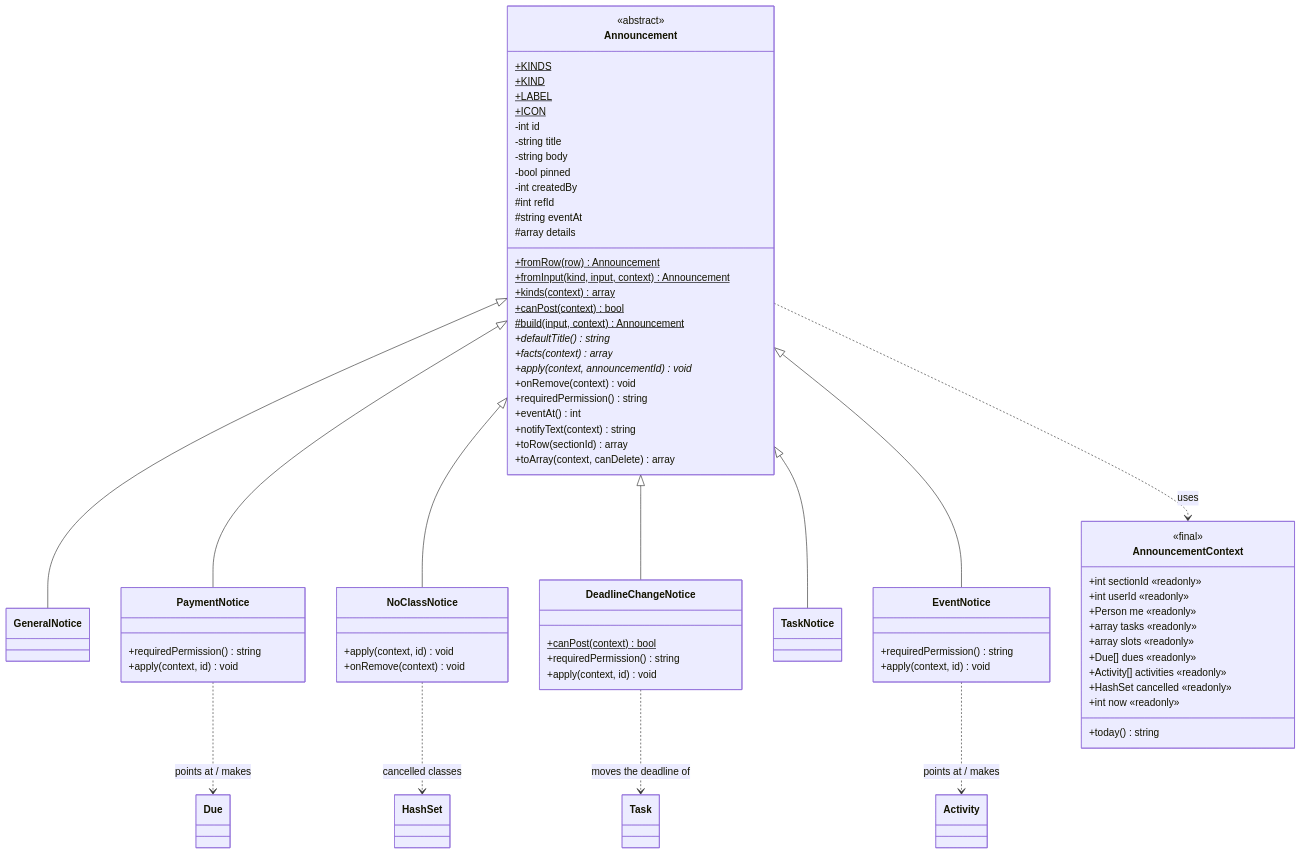
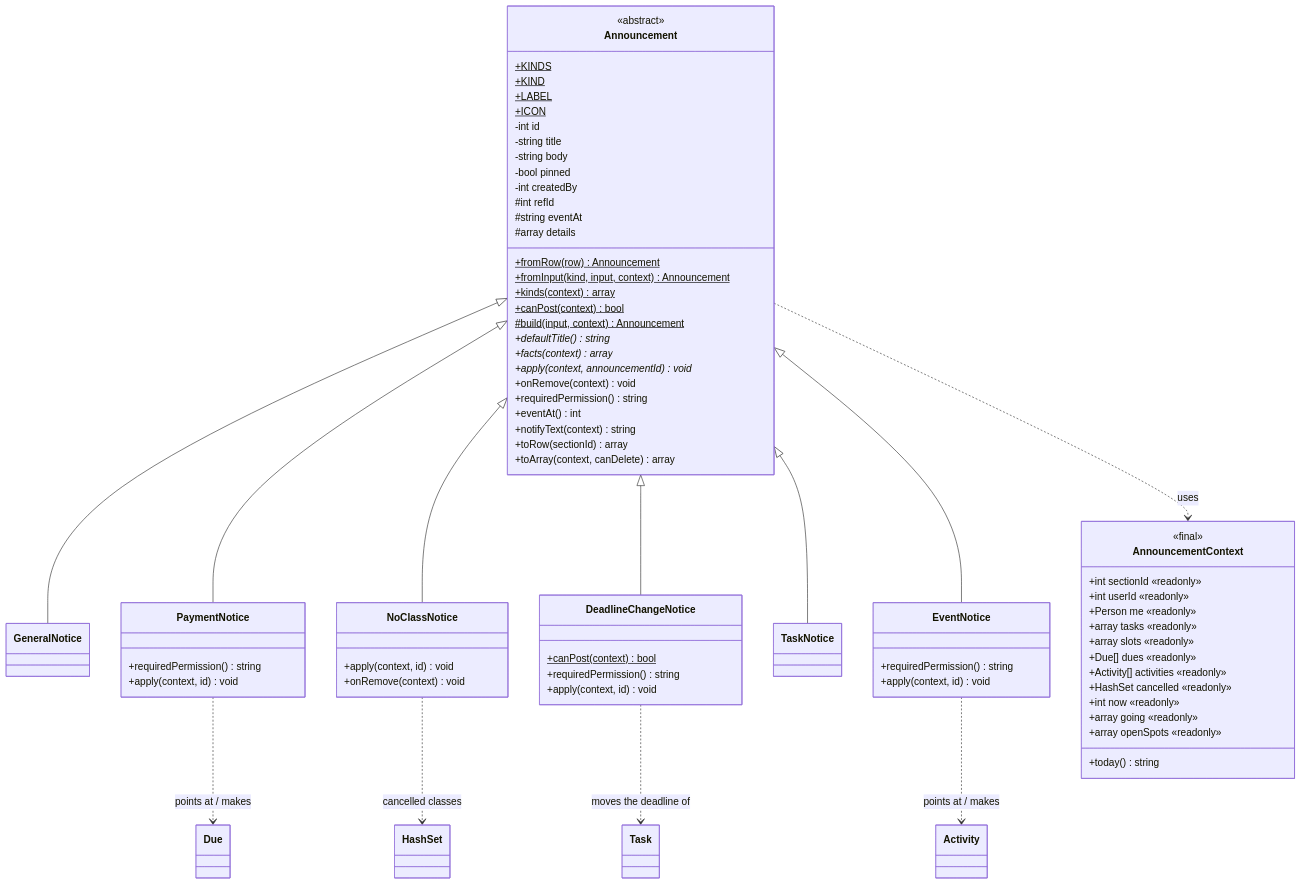
The fifth of 7 diagrams in docs/CLASS_DIAGRAM.md (rcldvmnl/AcadSync), drawn with Mermaid before and after one commit. The commit also changed other lines of this file and 48 other files, not shown here.

````diff
--- a/docs/CLASS_DIAGRAM.md
+++ b/docs/CLASS_DIAGRAM.md
@@ -368,76 +441,78 @@
 ```mermaid
 classDiagram
     direction TB
     class Announcement {
         <<abstract>>
         +KINDS$
         +KIND$
         +LABEL$
         +ICON$
         -int id
         -string title
         -string body
         -bool pinned
         -int createdBy
         #int refId
         #string eventAt
         #array details
         +fromRow(row)$ Announcement
         +fromInput(kind, input, context)$ Announcement
         +kinds(context)$ array
         +canPost(context)$ bool
         #build(input, context)$ Announcement
         +defaultTitle()* string
         +facts(context)* array
         +apply(context, announcementId)* void
         +onRemove(context) void
         +requiredPermission() string
         +eventAt() int
         +notifyText(context) string
         +toRow(sectionId) array
         +toArray(context, canDelete) array
     }
     class GeneralNotice
     class PaymentNotice {
         +requiredPermission() string
         +apply(context, id) void
     }
     class NoClassNotice {
         +apply(context, id) void
         +onRemove(context) void
     }
     class DeadlineChangeNotice {
         +canPost(context)$ bool
         +requiredPermission() string
         +apply(context, id) void
     }
     class TaskNotice
     class EventNotice {
         +requiredPermission() string
         +apply(context, id) void
     }
     class AnnouncementContext {
         <<final>>
         +int sectionId «readonly»
         +int userId «readonly»
         +Person me «readonly»
         +array tasks «readonly»
         +array slots «readonly»
         +Due[] dues «readonly»
         +Activity[] activities «readonly»
         +HashSet cancelled «readonly»
         +int now «readonly»
+        +array going «readonly»
+        +array openSpots «readonly»
         +today() string
     }
     Announcement <|-- GeneralNotice
     Announcement <|-- PaymentNotice
     Announcement <|-- NoClassNotice
     Announcement <|-- DeadlineChangeNotice
     Announcement <|-- TaskNotice
     Announcement <|-- EventNotice
     Announcement ..> AnnouncementContext : uses
     PaymentNotice ..> Due : points at / makes
     EventNotice ..> Activity : points at / makes
     DeadlineChangeNotice ..> Task : moves the deadline of
     NoClassNotice ..> HashSet : cancelled classes
 ```
````
